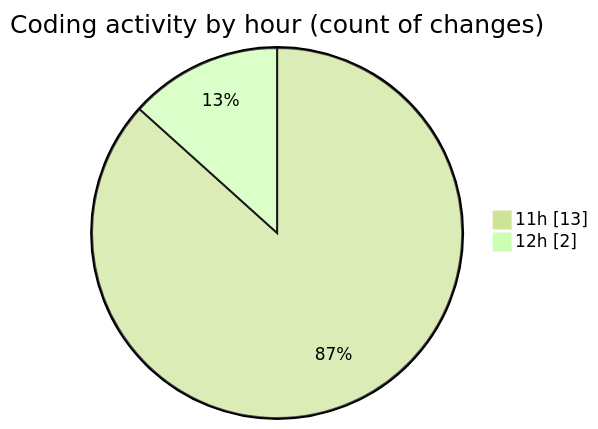
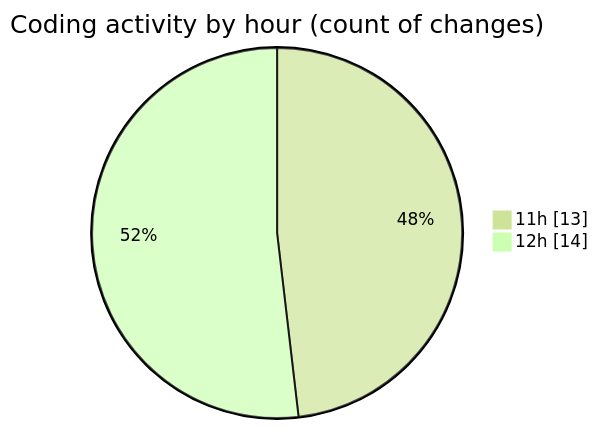
One commit to nxtqubesakshisongat/code-tracking changed the second of 2 diagrams in 2026-06-17/nxtqube_webapp/README.md. Above: the diagram before and after it, drawn with Mermaid (forest theme). The commit also changed other lines of this file and 1 other file, not shown here.

````diff
--- a/2026-06-17/nxtqube_webapp/README.md
+++ b/2026-06-17/nxtqube_webapp/README.md
@@ -34,6 +37,6 @@
 ```mermaid
 pie showData
 title Coding activity by hour (count of changes)
 "11h" : 13
-"12h" : 2
+"12h" : 14
 ```
````
